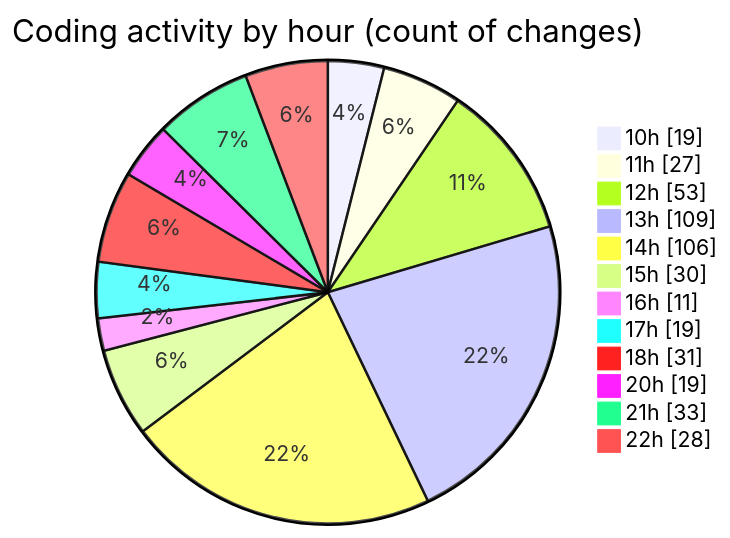
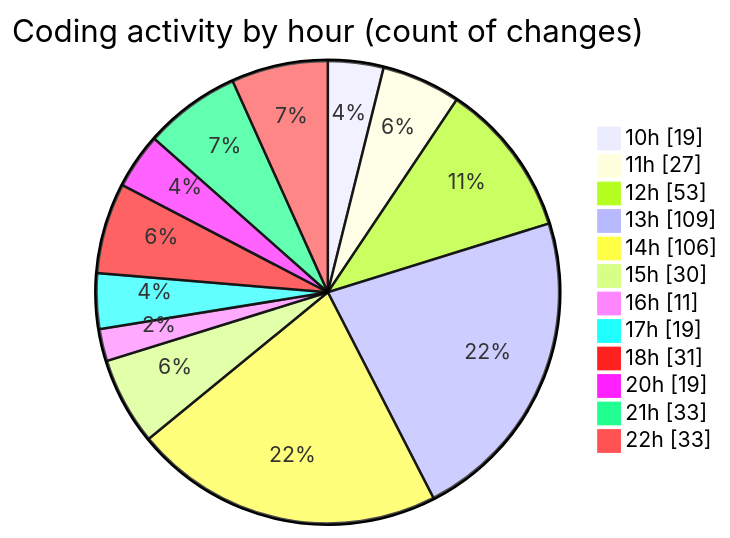
Before and after one commit to momahboobian/code-tracking: the second of 2 diagrams in 2025-03-18/cda/README.md, drawn with Mermaid. The commit also changed other lines of this file and 1 other file, not shown here.

````diff
--- a/2025-03-18/cda/README.md
+++ b/2025-03-18/cda/README.md
@@ -44,16 +44,16 @@
 ```mermaid
 pie showData
 title Coding activity by hour (count of changes)
 "10h" : 19
 "11h" : 27
 "12h" : 53
 "13h" : 109
 "14h" : 106
 "15h" : 30
 "16h" : 11
 "17h" : 19
 "18h" : 31
 "20h" : 19
 "21h" : 33
-"22h" : 28
+"22h" : 33
 ```
````
